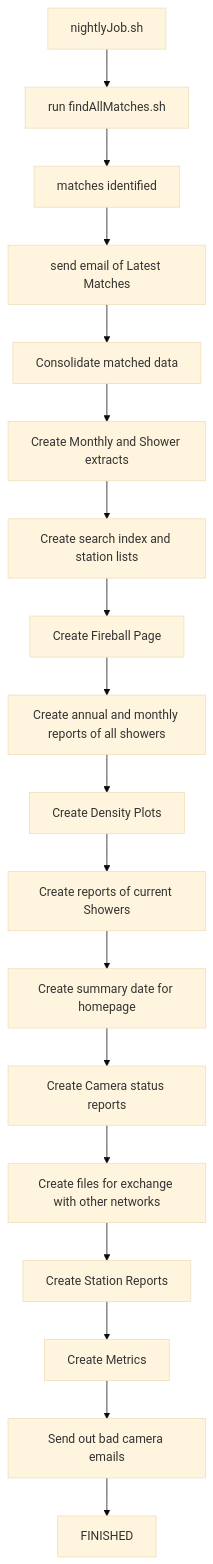
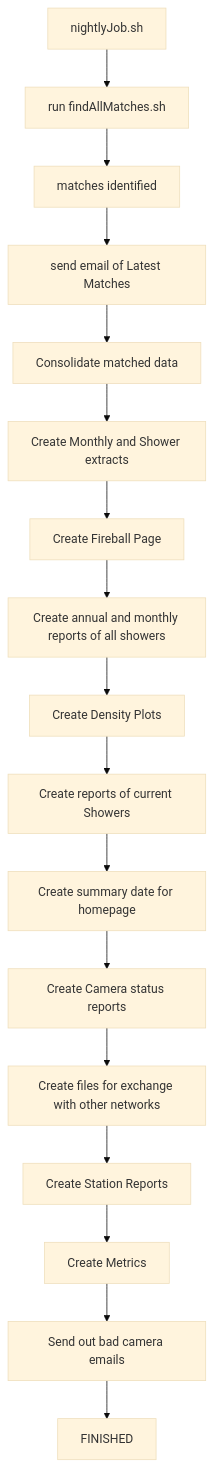
Before and after one commit to ukmda/ukmda-dataprocessing: the second of 4 diagrams in archive/README.md, drawn with Mermaid (base theme). The commit also changed other lines of this file and 1 other file, not shown here.

Commit message:
small update and bugfix

````diff
--- a/archive/README.md
+++ b/archive/README.md
@@ -32,20 +32,19 @@
 ```mermaid
     flowchart TD
     nj[nightlyJob.sh] --> fam[run findAllMatches.sh]
     fam --> don[matches identified]
     don --> rep[send email of Latest Matches]
     rep --> cons2[Consolidate matched data]
-    cons2 --> extrs[Create Monthly and Shower extracts]
-    extrs --> srch[Create search index and station lists]
+    cons2 --> srch[Create Monthly and Shower extracts]
     srch --> fbp[Create Fireball Page]
     fbp --> rep2[Create annual and monthly reports of all showers]
     rep2 --> dens[Create Density Plots]
     dens --> rep3[Create reports of current Showers]
     rep3 --> summ[Create summary date for homepage]
     summ --> camst[Create Camera status reports]
     camst --> exch[Create files for exchange with other networks]
     exch --> stats[Create Station Reports]
     stats --> mets[Create Metrics]
     mets --> badc[Send out bad camera emails]
     badc --> d[FINISHED]
 ```
````
